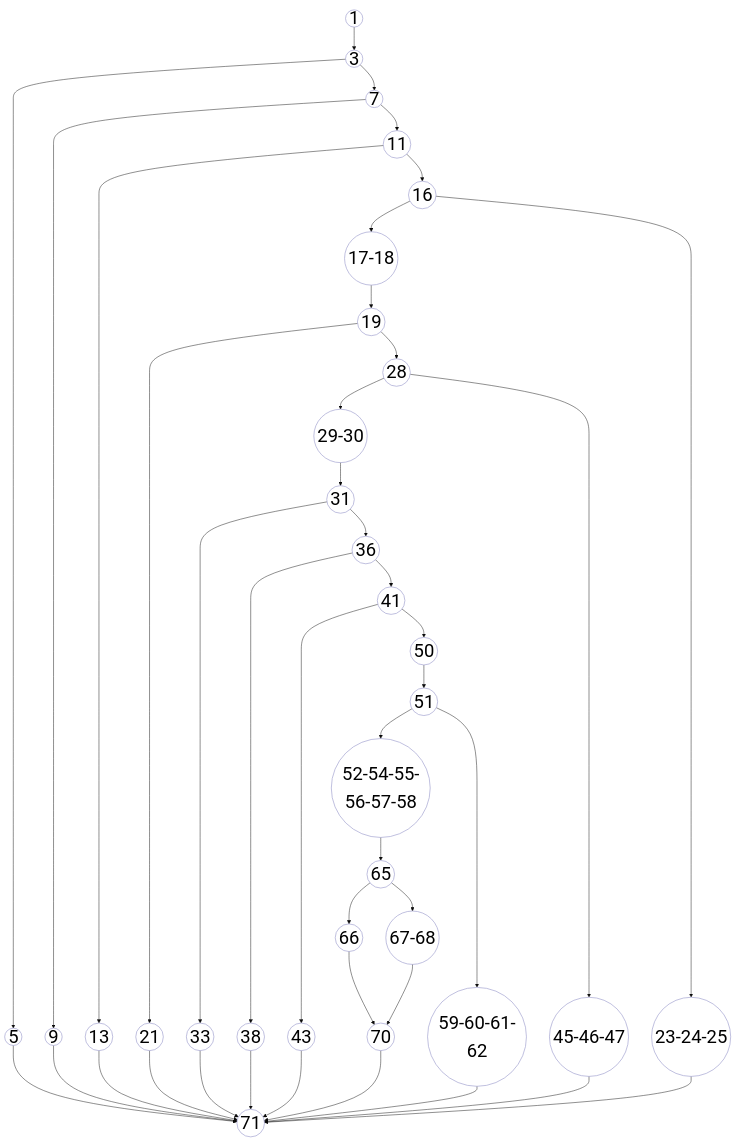
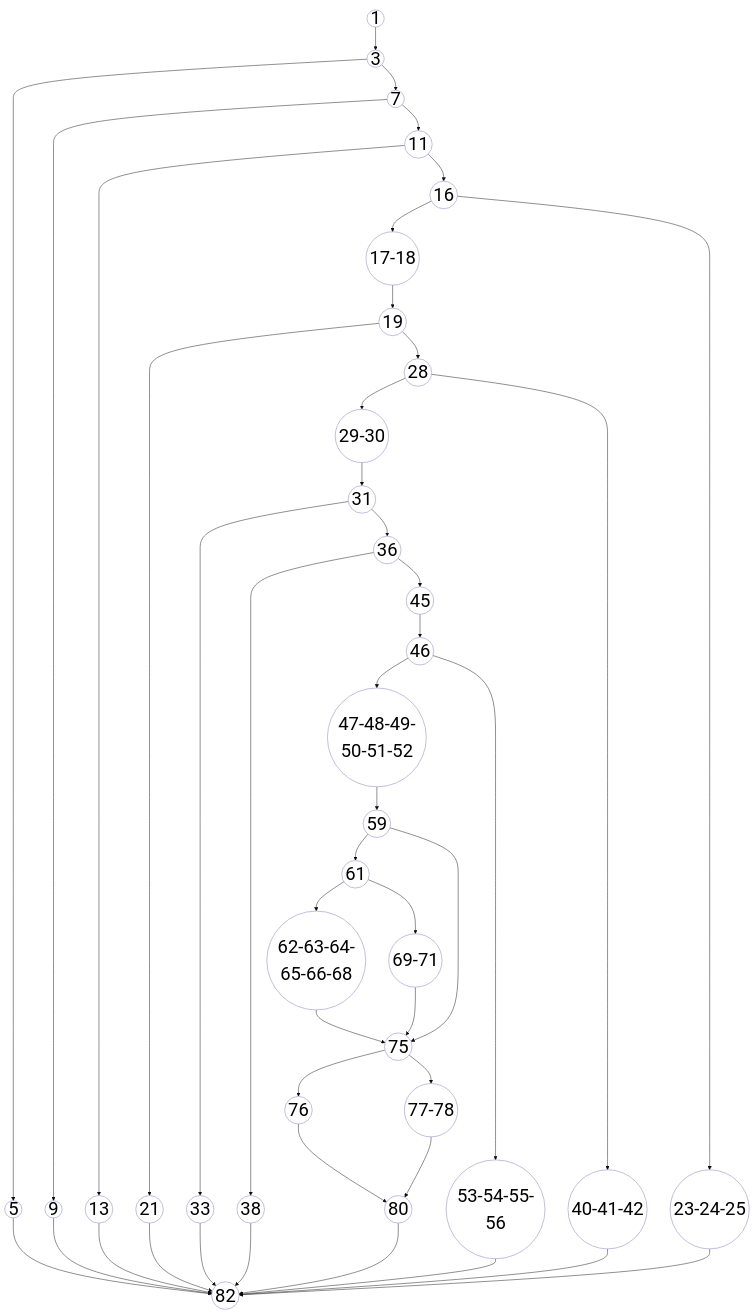
Before and after one commit to aryanhrc3428/Semester-5: the diagram in SE/ideathon/pseudocode/flowcharts/UC-13.mmd, drawn with Mermaid. The commit also changed 47 other files, not shown here.

```diff
--- a/SE/ideathon/pseudocode/flowcharts/UC-13.mmd
+++ b/SE/ideathon/pseudocode/flowcharts/UC-13.mmd
@@ -1,68 +1,75 @@
 ---
 config:
   theme: base
   themeVariables:
     fontSize: '40px'
 ---
 graph TD
+    %% Base styling matching the reference CFG style
     classDef default fill:none,stroke:#a3a3d1,stroke-width:1.5px,color:#000;
     
     1((1)) --> 3((3))
     
     3 --> 5((5))
     3 --> 7((7))
     
     7 --> 9((9))
     7 --> 11((11))
     
     11 --> 13((13))
     11 --> 16((16))
     
     16 --> 17-18((17-18))
     16 --> 23-24-25((23-24-25))
     
     17-18 --> 19((19))
     
     19 --> 21((21))
     19 --> 28((28))
     
     28 --> 29-30((29-30))
-    28 --> 45-46-47((45-46-47))
+    28 --> 40-41-42((40-41-42))
     
     29-30 --> 31((31))
     
     31 --> 33((33))
     31 --> 36((36))
     
     36 --> 38((38))
-    36 --> 41((41))
+    36 --> 45((45))
     
-    41 --> 43((43))
-    41 --> 50((50))
+    45 --> 46((46))
     
-    50 --> 51((51))
+    46 --> 47-48-49-50-51-52((47-48-49-50-51-52))
+    46 --> 53-54-55-56((53-54-55-56))
     
-    51 --> 52-54-55-56-57-58((52-54-55-56-57-58))
-    51 --> 59-60-61-62((59-60-61-62))
+    47-48-49-50-51-52 --> 59((59))
     
-    52-54-55-56-57-58 --> 65((65))
+    59 --> 61((61))
+    59 --> 75((75))
     
-    65 --> 66((66))
-    65 --> 67-68((67-68))
+    61 --> 62-63-64-65-66-68((62-63-64-65-66-68))
+    61 --> 69-71((69-71))
+  
+    62-63-64-65-66-68 --> 75
     
-    66 --> 70((70))
+    69-71 --> 75
     
-    67-68 --> 70
+    75 --> 76((76))
+    75 --> 77-78((77-78))
     
-    %% Terminal error returns and catches syncing to the final end node (71)
-    5 --> 71((71))
-    9 --> 71
-    13 --> 71
-    21 --> 71
-    23-24-25 --> 71
-    33 --> 71
-    38 --> 71
-    43 --> 71
-    45-46-47 --> 71
-    59-60-61-62 --> 71
-    70 --> 71
+    76 --> 80((80))
+    
+    77-78 --> 80
+    
+    %% Terminal error returns and catches syncing to the final end node (82)
+    5 --> 82((82))
+    9 --> 82
+    13 --> 82
+    21 --> 82
+    23-24-25 --> 82
+    33 --> 82
+    38 --> 82
+    40-41-42 --> 82
+    53-54-55-56 --> 82
+    80 --> 82
```
